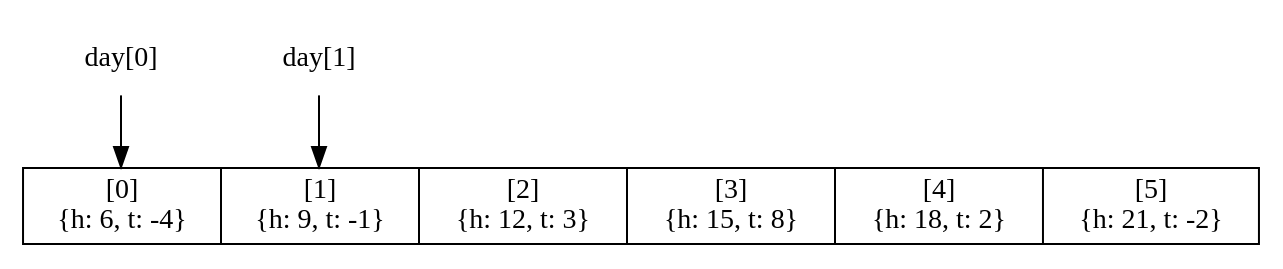
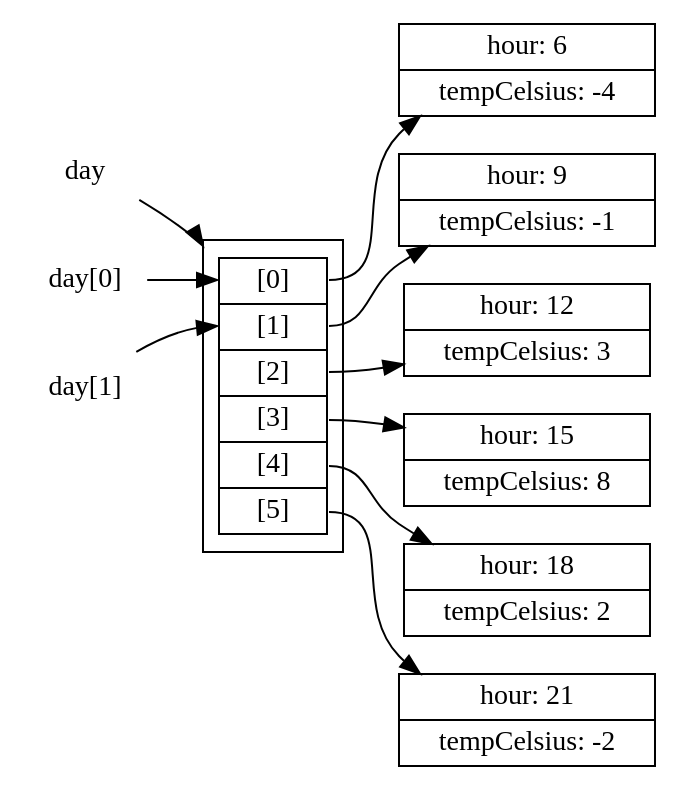
One commit to ubccpsc/210 changed the diagram in docs/part1/05_arrays.md. Above: the diagram before and after it, drawn with Graphviz. The commit also changed other lines of this file and 2 other files, not shown here.

Commit message:
diagram improvements

````diff
--- a/docs/part1/05_arrays.md
+++ b/docs/part1/05_arrays.md
@@ -55,15 +58,33 @@
 ```graphviz
 digraph readingArray {
-  rankdir = TB;
+  rankdir = LR;
+  
+  compound = true;
 
-  day [shape = record, label = "<c0> [0]\n\{h: 6, t: -4\} | <c1> [1]\n\{h: 9, t: -1\} | <c2> [2]\n\{h: 12, t: 3\} | <c3> [3]\n\{h: 15, t: 8\} | <c4> [4]\n\{h: 18, t: 2\} | <c5> [5]\n\{h: 21, t: -2\}"];
+  subgraph cluster_day_container {
+    day [shape = record, label = "<c0> [0] | <c1> [1] | <c2> [2] | <c3> [3] | <c4> [4] | <c5> [5]"];
+  }
 
-  e0  [shape = plaintext, label = "day[0]"];
-  e1  [shape = plaintext, label = "day[1]"];
+  r0 [shape = record, label = "hour: 6 | tempCelsius: -4"];
+  r1 [shape = record, label = "hour: 9 | tempCelsius: -1"];
+  r2 [shape = record, label = "hour: 12 | tempCelsius: 3"];
+  r3 [shape = record, label = "hour: 15 | tempCelsius: 8"];
+  r4 [shape = record, label = "hour: 18 | tempCelsius: 2"];
+  r5 [shape = record, label = "hour: 21 | tempCelsius: -2"];
 
-  e0  -> day:c0;
-  e1  -> day:c1;
+  day:c0 -> r0;
+  day:c1 -> r1;
+  day:c2 -> r2;
+  day:c3 -> r3;
+  day:c4 -> r4;
+  day:c5 -> r5;
 
-  { rank = same; e0; e1; }
+  dl [shape = plaintext, label = "day"];
+  e0 [shape = plaintext, label = "day[0]"];
+  e1 [shape = plaintext, label = "day[1]"];
+
+  dl -> day: nw [lhead=cluster_day_container];
+  e0 -> day:c0
+  e1 -> day:c1;
 }
 ```
````
